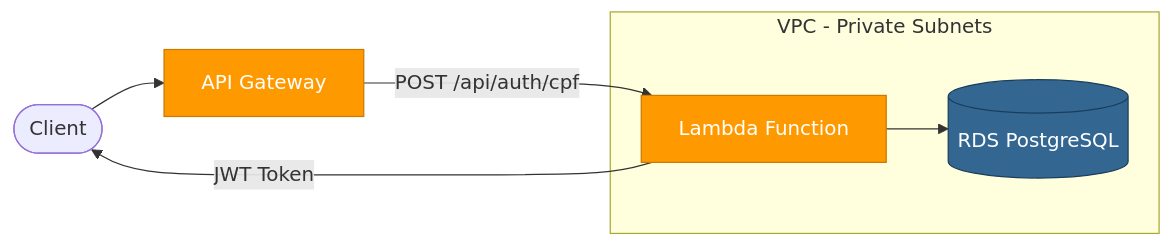
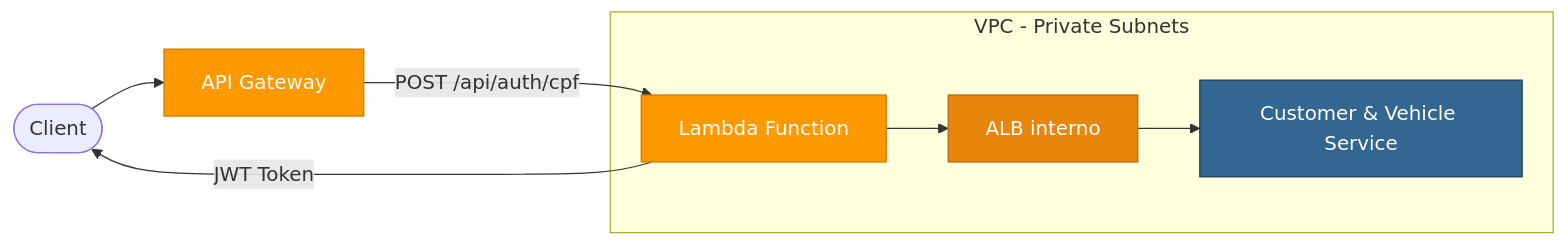
Before and after one commit to vctrlima/fiap-13soat-auto-repair-shop-lambda: the third of 4 diagrams in README.md, drawn with Mermaid. The commit also changed other lines of this file and 5 other files, not shown here.

Commit message:
refactor: replace PostgreSQL queries with HTTP calls to Customer & Vehicle Service

````diff
--- a/README.md
+++ b/README.md
@@ -381,15 +376,17 @@
 ```mermaid
 graph LR
     Client([Client]) --> APIGW[API Gateway]
     APIGW -- "POST /api/auth/cpf" --> Lambda[Lambda Function]
 
     subgraph "VPC - Private Subnets"
-        Lambda --> RDS[(RDS PostgreSQL)]
+        Lambda --> ALB[ALB interno]
+        ALB --> CVS[Customer & Vehicle Service]
     end
 
     Lambda -- "JWT Token" --> Client
 
     style Lambda fill:#ff9900,stroke:#cc7a00,color:#fff
-    style RDS fill:#336791,stroke:#1a3d5c,color:#fff
+    style ALB fill:#e8860c,stroke:#b5650a,color:#fff
+    style CVS fill:#336791,stroke:#1a3d5c,color:#fff
     style APIGW fill:#ff9900,stroke:#cc7a00,color:#fff
 ```
````
